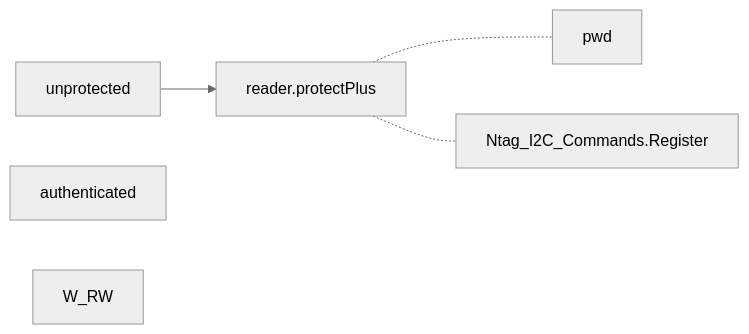
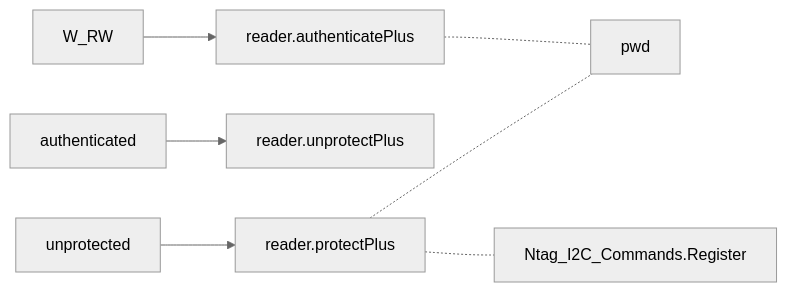
One commit to gordianknotC/nxp_note changed diagram 16 of 16 in nxp/NtagDemo_mermaid.md. Above: the diagram before and after it, drawn with Mermaid (neutral theme). The commit also changed other lines of this file, not shown here.

Commit message:
nxp/NtagDemo_mermaid.md updated from https://stackedit.io/

````diff
--- a/nxp/NtagDemo_mermaid.md
+++ b/nxp/NtagDemo_mermaid.md
@@ -616,10 +616,10 @@
 ```mermaid
 graph LR
 unprotected --> reader.protectPlus
 reader.protectPlus -.- pwd
 reader.protectPlus -.- Ntag_I2C_Commands.Register
-authenticated
-W_RW
-
+authenticated --> reader.unprotectPlus
+W_RW --> reader.authenticatePlus
+reader.authenticatePlus -.- pwd
 
 ```
````
